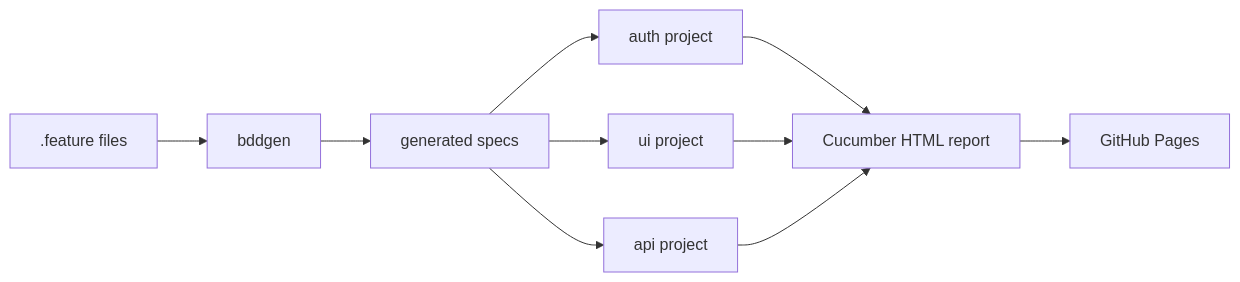
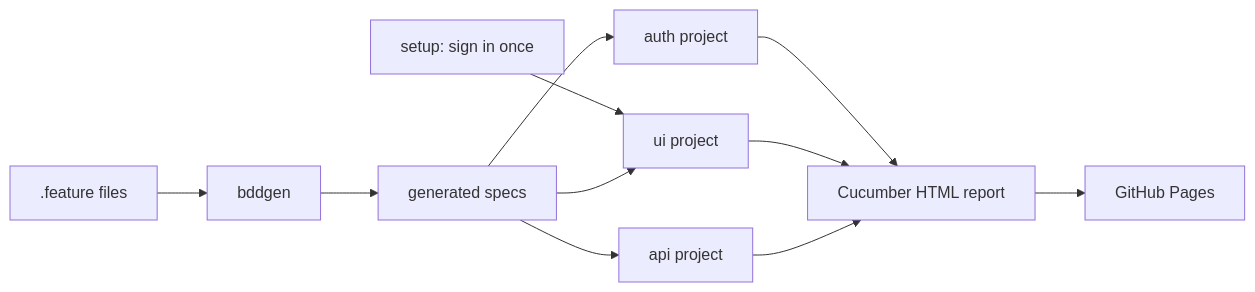
Before and after one commit to BaranDoganbas/BaranDoganbas: the diagram in README.md, drawn with Mermaid. The commit also changed other lines of this file, not shown here.

````diff
--- a/README.md
+++ b/README.md
@@ -48,10 +50,11 @@
 ```mermaid
 flowchart LR
     F[".feature files"] --> G[bddgen]
     G --> S[generated specs]
+    L[setup: sign in once] --> U
     S --> A[auth project]
     S --> U[ui project]
     S --> P[api project]
     A & U & P --> R[Cucumber HTML report]
     R --> GP[GitHub Pages]
 ```
````
